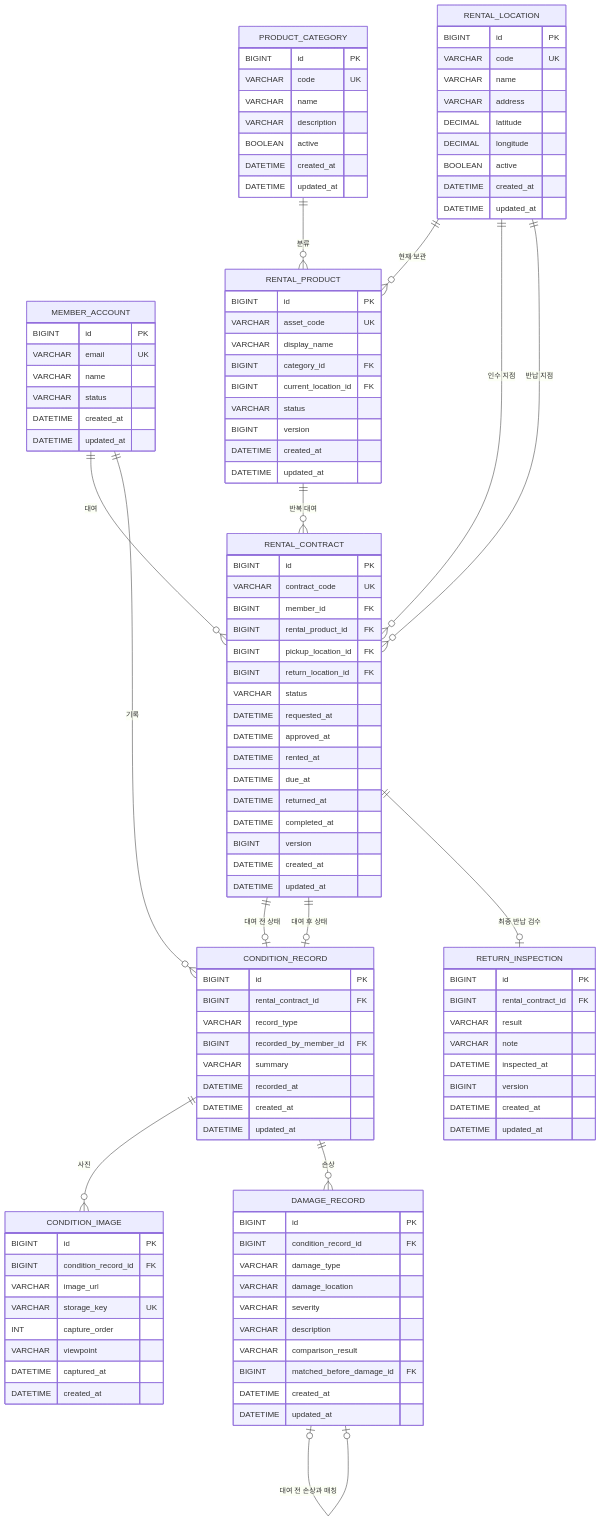
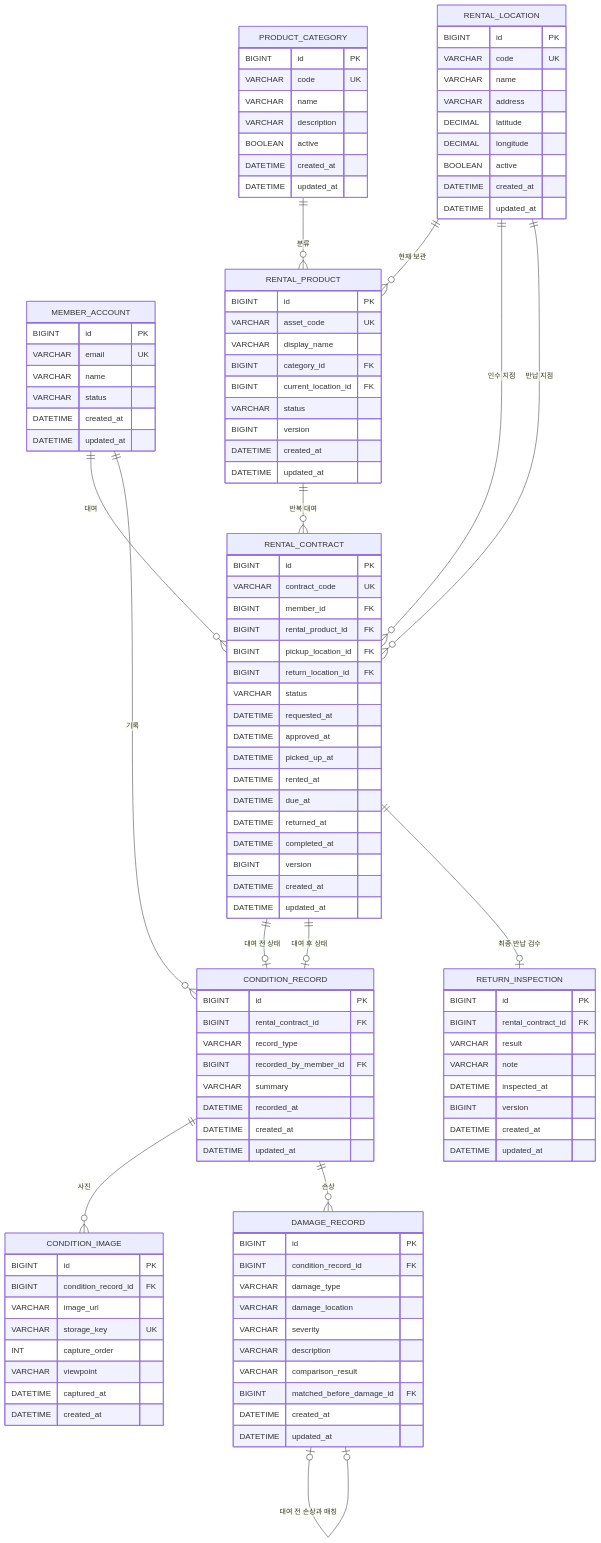
Before and after one commit to WJLee0417/RentalTrack: the diagram in docs/ERD.md, drawn with Mermaid. The commit also changed other lines of this file and 1 other file, not shown here.

```diff
--- a/docs/ERD.md
+++ b/docs/ERD.md
@@ -77,6 +77,7 @@
         VARCHAR status
         DATETIME requested_at
         DATETIME approved_at
+        DATETIME picked_up_at
         DATETIME rented_at
         DATETIME due_at
         DATETIME returned_at
```
